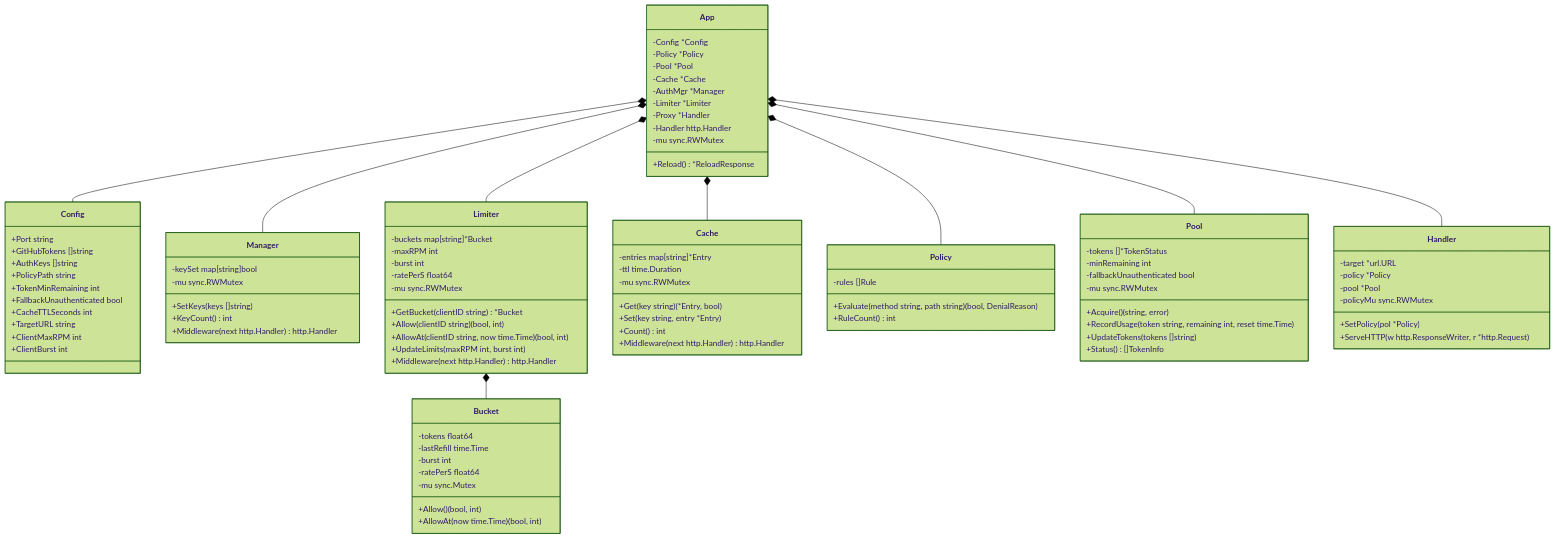
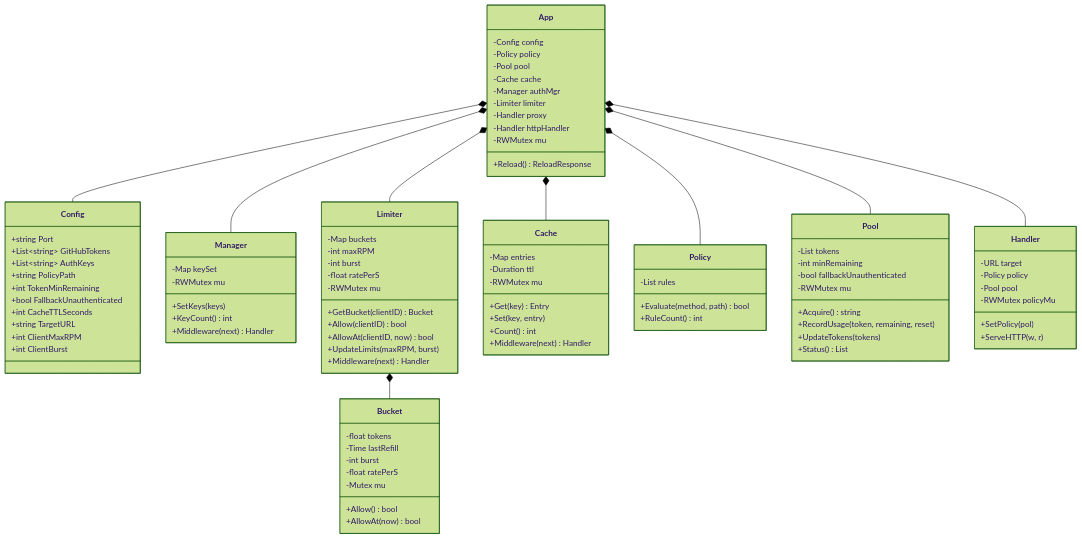
One commit to kjaapelania/github-api-gateway changed the eighth of 8 diagrams in docs/architecture.md. Above: the diagram before and after it, drawn with Mermaid (forest theme). The commit also changed other lines of this file and 10 other files, not shown here.

Commit message:
docs: resolve Mermaid rendering bugs and provide pre-rendered vector SVGs for all UML diagrams

````diff
--- a/docs/architecture.md
+++ b/docs/architecture.md
@@ -311,96 +367,96 @@
 ```mermaid
 classDiagram
     class App {
-        -Config *Config
-        -Policy *Policy
-        -Pool *Pool
-        -Cache *Cache
-        -AuthMgr *Manager
-        -Limiter *Limiter
-        -Proxy *Handler
-        -Handler http.Handler
-        -mu sync.RWMutex
-        +Reload() *ReloadResponse
+        -Config config
+        -Policy policy
+        -Pool pool
+        -Cache cache
+        -Manager authMgr
+        -Limiter limiter
+        -Handler proxy
+        -Handler httpHandler
+        -RWMutex mu
+        +Reload() ReloadResponse
     }
 
     class Config {
-        +Port string
-        +GitHubTokens []string
-        +AuthKeys []string
-        +PolicyPath string
-        +TokenMinRemaining int
-        +FallbackUnauthenticated bool
-        +CacheTTLSeconds int
-        +TargetURL string
-        +ClientMaxRPM int
-        +ClientBurst int
+        +string Port
+        +List~string~ GitHubTokens
+        +List~string~ AuthKeys
+        +string PolicyPath
+        +int TokenMinRemaining
+        +bool FallbackUnauthenticated
+        +int CacheTTLSeconds
+        +string TargetURL
+        +int ClientMaxRPM
+        +int ClientBurst
     }
 
     class Manager {
-        -keySet map[string]bool
-        -mu sync.RWMutex
-        +SetKeys(keys []string)
+        -Map keySet
+        -RWMutex mu
+        +SetKeys(keys)
         +KeyCount() int
-        +Middleware(next http.Handler) http.Handler
+        +Middleware(next) Handler
     }
 
     class Limiter {
-        -buckets map[string]*Bucket
-        -maxRPM int
-        -burst int
-        -ratePerS float64
-        -mu sync.RWMutex
-        +GetBucket(clientID string) *Bucket
-        +Allow(clientID string) (bool, int)
-        +AllowAt(clientID string, now time.Time) (bool, int)
-        +UpdateLimits(maxRPM int, burst int)
-        +Middleware(next http.Handler) http.Handler
+        -Map buckets
+        -int maxRPM
+        -int burst
+        -float ratePerS
+        -RWMutex mu
+        +GetBucket(clientID) Bucket
+        +Allow(clientID) bool
+        +AllowAt(clientID, now) bool
+        +UpdateLimits(maxRPM, burst)
+        +Middleware(next) Handler
     }
 
     class Bucket {
-        -tokens float64
-        -lastRefill time.Time
-        -burst int
-        -ratePerS float64
-        -mu sync.Mutex
-        +Allow() (bool, int)
-        +AllowAt(now time.Time) (bool, int)
+        -float tokens
+        -Time lastRefill
+        -int burst
+        -float ratePerS
+        -Mutex mu
+        +Allow() bool
+        +AllowAt(now) bool
     }
 
     class Cache {
-        -entries map[string]*Entry
-        -ttl time.Duration
-        -mu sync.RWMutex
-        +Get(key string) (*Entry, bool)
-        +Set(key string, entry *Entry)
+        -Map entries
+        -Duration ttl
+        -RWMutex mu
+        +Get(key) Entry
+        +Set(key, entry)
         +Count() int
-        +Middleware(next http.Handler) http.Handler
+        +Middleware(next) Handler
     }
 
     class Policy {
-        -rules []Rule
-        +Evaluate(method string, path string) (bool, DenialReason)
+        -List rules
+        +Evaluate(method, path) bool
         +RuleCount() int
     }
 
     class Pool {
-        -tokens []*TokenStatus
-        -minRemaining int
-        -fallbackUnauthenticated bool
-        -mu sync.RWMutex
-        +Acquire() (string, error)
-        +RecordUsage(token string, remaining int, reset time.Time)
-        +UpdateTokens(tokens []string)
-        +Status() []TokenInfo
+        -List tokens
+        -int minRemaining
+        -bool fallbackUnauthenticated
+        -RWMutex mu
+        +Acquire() string
+        +RecordUsage(token, remaining, reset)
+        +UpdateTokens(tokens)
+        +Status() List
     }
 
     class Handler {
-        -target *url.URL
-        -policy *Policy
-        -pool *Pool
-        -policyMu sync.RWMutex
-        +SetPolicy(pol *Policy)
-        +ServeHTTP(w http.ResponseWriter, r *http.Request)
+        -URL target
+        -Policy policy
+        -Pool pool
+        -RWMutex policyMu
+        +SetPolicy(pol)
+        +ServeHTTP(w, r)
     }
 
     App *-- Config
````
